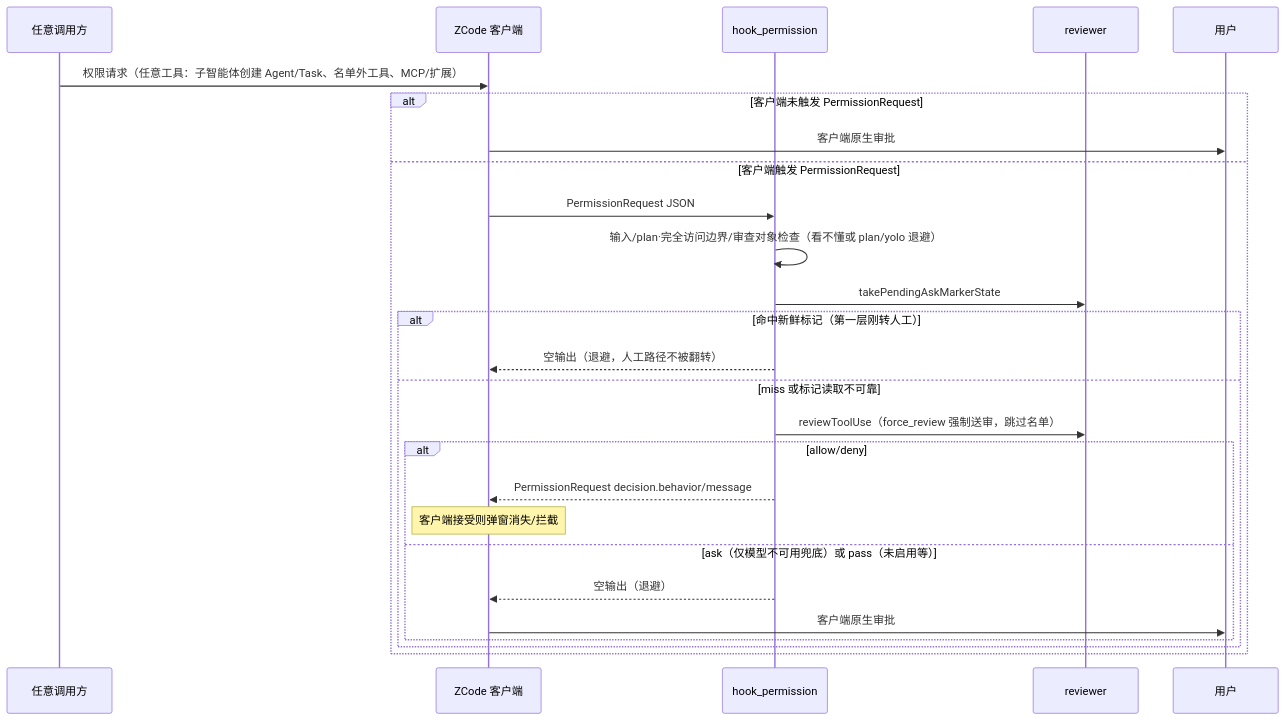
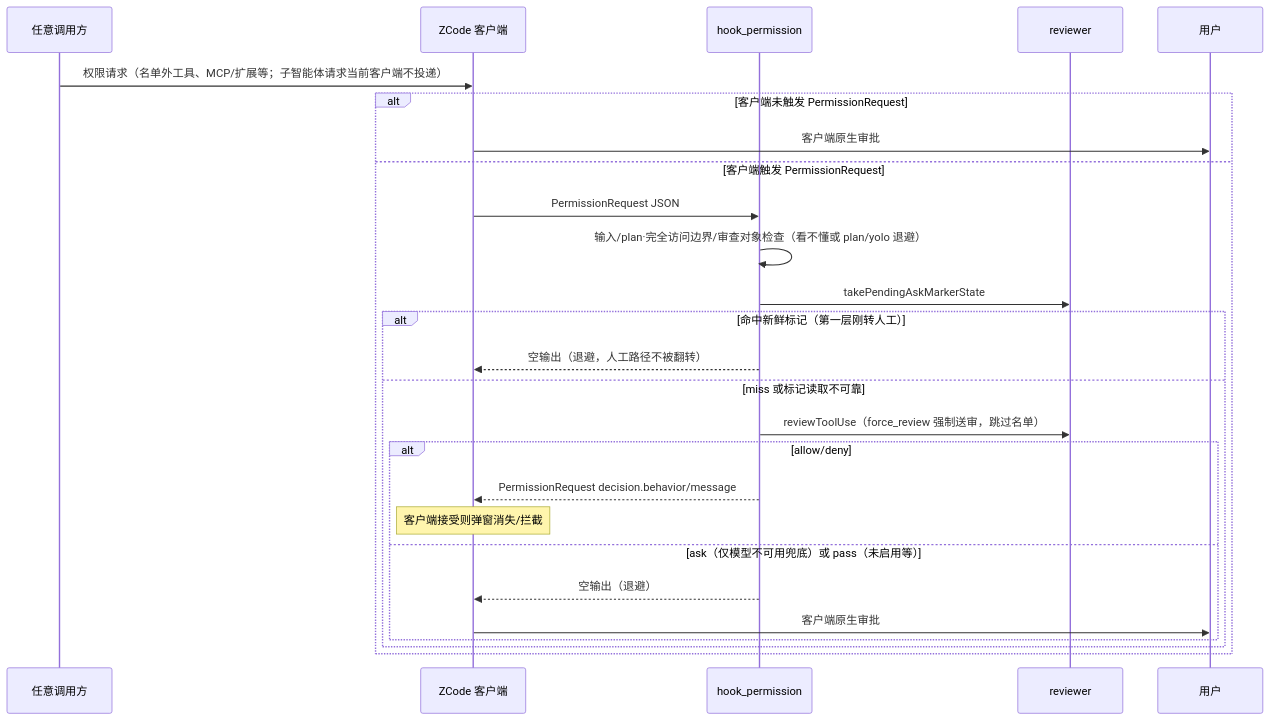
One commit to cy-2-u/zhao changed the second of 4 diagrams in docs/project_wiki/02_开发文档/模块运行流程图.md. Above: the diagram before and after it, drawn with Mermaid. The commit also changed other lines of this file and 21 other files, not shown here.

````diff
--- a/docs/project_wiki/02_开发文档/模块运行流程图.md
+++ b/docs/project_wiki/02_开发文档/模块运行流程图.md
@@ -48,28 +48,28 @@
 ```mermaid
 sequenceDiagram
     participant A as 任意调用方
     participant Z as ZCode 客户端
     participant HP as hook_permission
     participant R as reviewer
     participant U as 用户
-    A->>Z: 权限请求（任意工具：子智能体创建 Agent/Task、名单外工具、MCP/扩展）
+    A->>Z: 权限请求（名单外工具、MCP/扩展等；子智能体请求当前客户端不投递）
     alt 客户端未触发 PermissionRequest
         Z->>U: 客户端原生审批
     else 客户端触发 PermissionRequest
         Z->>HP: PermissionRequest JSON
         HP->>HP: 输入/plan·完全访问边界/审查对象检查（看不懂或 plan/yolo 退避）
         HP->>R: takePendingAskMarkerState
         alt 命中新鲜标记（第一层刚转人工）
             HP-->>Z: 空输出（退避，人工路径不被翻转）
         else miss 或标记读取不可靠
             HP->>R: reviewToolUse（force_review 强制送审，跳过名单）
             alt allow/deny
                 HP-->>Z: PermissionRequest decision.behavior/message
                 Note over Z: 客户端接受则弹窗消失/拦截
             else ask（仅模型不可用兜底）或 pass（未启用等）
                 HP-->>Z: 空输出（退避）
                 Z->>U: 客户端原生审批
             end
         end
     end
 ```
````
